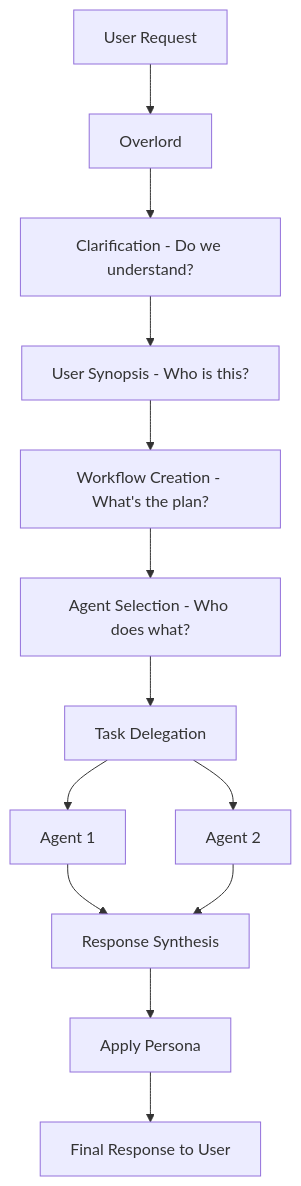
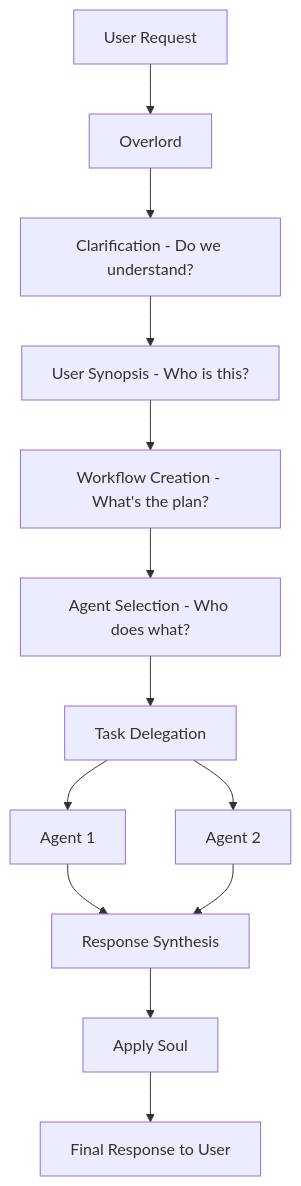
Before and after one commit to muxi-ai/muxi: the diagram in docs/concepts/overlord.md, drawn with Mermaid. The commit also changed other lines of this file and 29 other files, not shown here.

First line of the commit message:
docs: rename persona to soul across all documentation

````diff
--- a/docs/concepts/overlord.md
+++ b/docs/concepts/overlord.md
@@ -15,15 +15,15 @@
 ```mermaid
 graph TD
     U[User Request] --> O[Overlord]
     O --> C[Clarification - Do we understand?]
     C --> S[User Synopsis - Who is this?]
     S --> W[Workflow Creation - What's the plan?]
     W --> A[Agent Selection - Who does what?]
     A --> T[Task Delegation]
     T --> AG1[Agent 1]
     T --> AG2[Agent 2]
     AG1 --> R[Response Synthesis]
     AG2 --> R
-    R --> P[Apply Persona]
+    R --> P[Apply Soul]
     P --> U2[Final Response to User]
 ```
````
